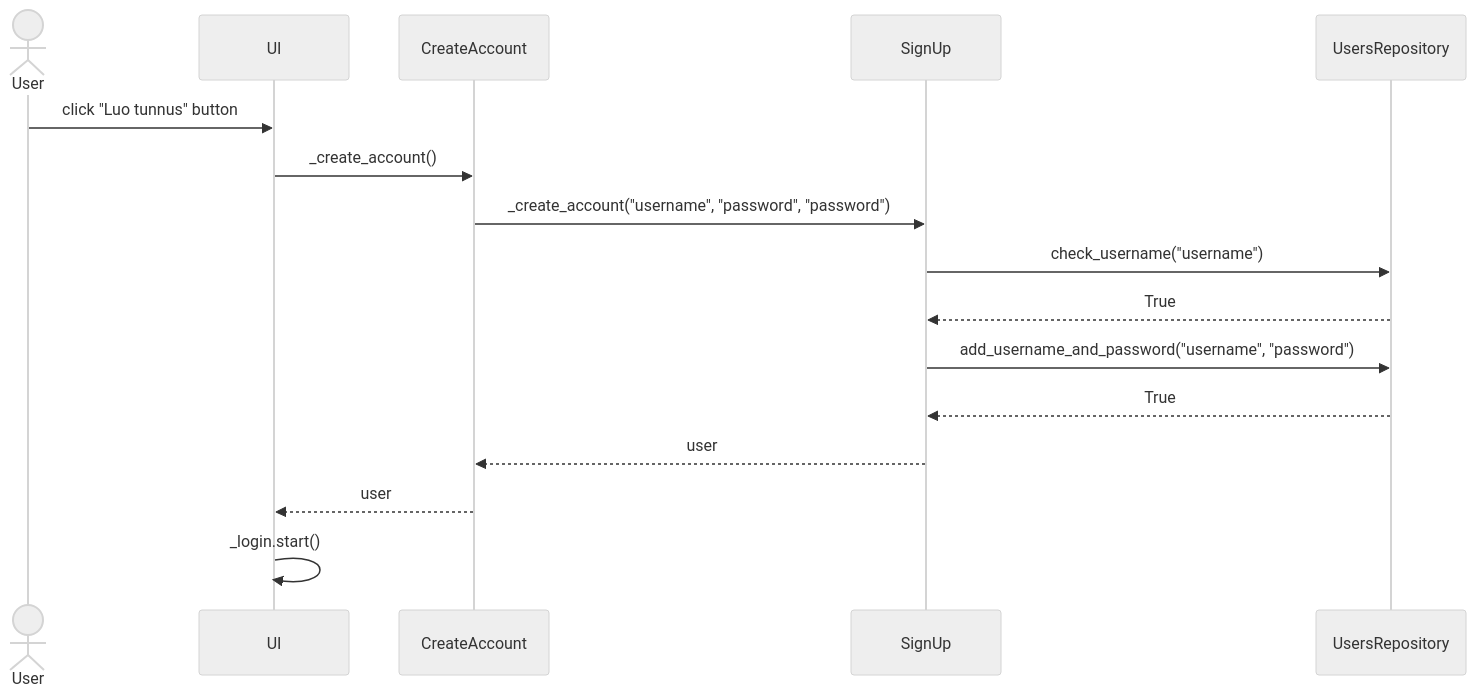
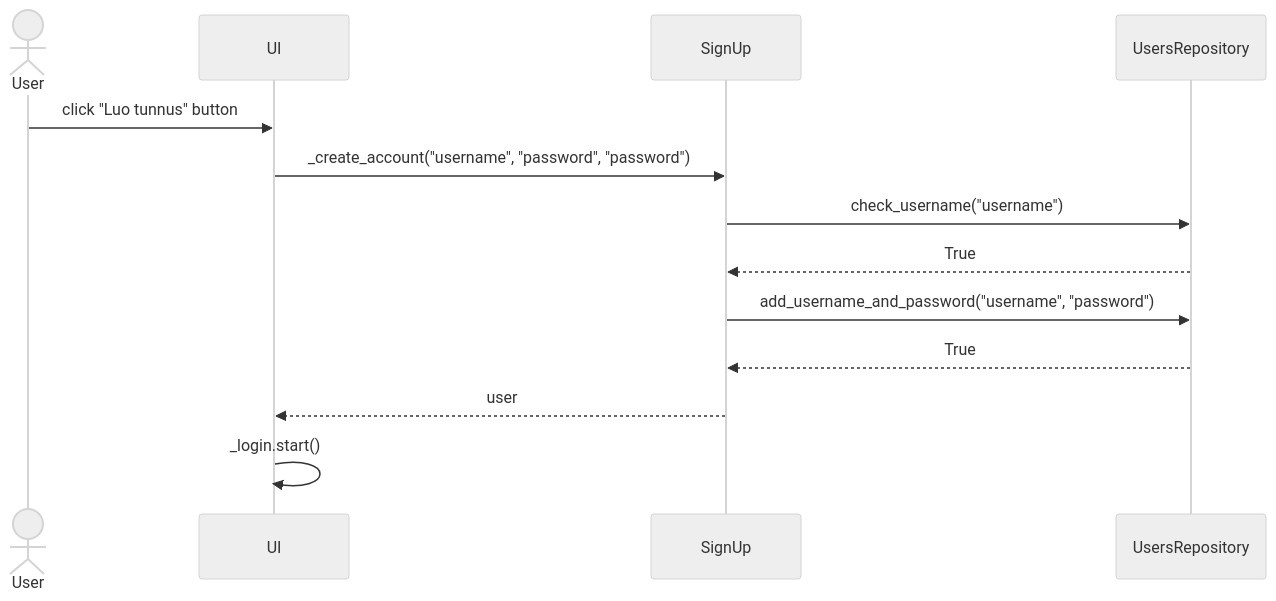
One commit to isagimos/laskin changed the diagram in dokumentaatio/arkkitehtuuri.md. Above: the diagram before and after it, drawn with Mermaid (neutral theme).

````diff
--- a/dokumentaatio/arkkitehtuuri.md
+++ b/dokumentaatio/arkkitehtuuri.md
@@ -5,18 +5,15 @@
 ```mermaid
 sequenceDiagram
    actor User
    participant UI
-   participant CreateAccount
    participant SignUp
    participant UsersRepository
    User->>UI: click "Luo tunnus" button
-   UI->>CreateAccount: _create_account()
-   CreateAccount->>SignUp: _create_account("username", "password", "password")
+   UI->>SignUp: _create_account("username", "password", "password")
    SignUp->>UsersRepository: check_username("username")
    UsersRepository-->>SignUp: True
    SignUp->>UsersRepository: add_username_and_password("username", "password")
    UsersRepository-->>SignUp: True
-   SignUp-->>CreateAccount: user
-   CreateAccount-->>UI: user
+   SignUp-->>UI: user
    UI->>UI: _login.start()
 ```
````
